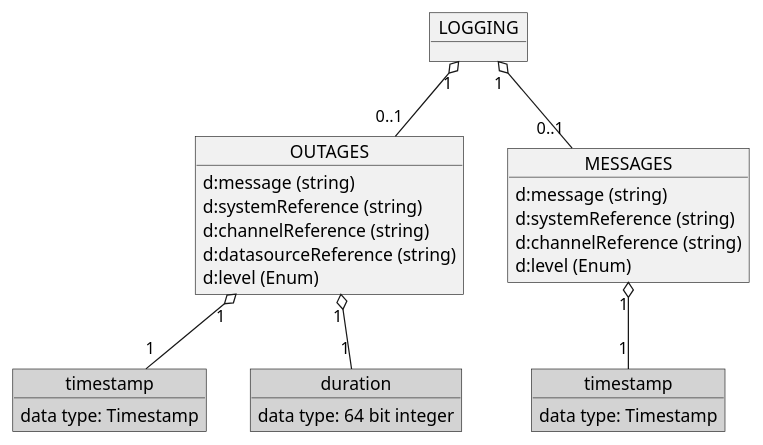
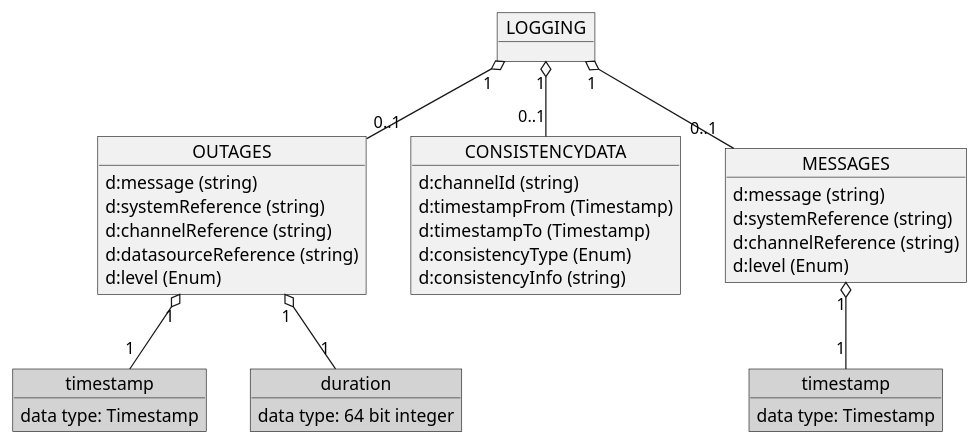
Diagram 11 of 14 in images/rcm-dx-images.puml (OpenRailAssociation/rcm-dx), drawn with PlantUML before and after one commit. The commit also changed 2 other files, not shown here.

Commit message:
Apply proposed changes to Consistency

```diff
--- a/images/rcm-dx-images.puml
+++ b/images/rcm-dx-images.puml
@@ -345,33 +345,43 @@
 @startuml rcmdx_logging_group
   object LOGGING
 
   object OUTAGES {
     d:message (string)
     d:systemReference (string)
     d:channelReference (string)
     d:datasourceReference (string)
     d:level (Enum)
   }
   LOGGING "1" o-- "0..1" OUTAGES
+
+  object CONSISTENCYDATA {
+    d:channelId (string)
+    d:timestampFrom (Timestamp)
+    d:timestampTo (Timestamp)
+    d:consistencyType (Enum)
+    d:consistencyInfo (string)
+  }
+  LOGGING "1" o-- "0..1" CONSISTENCYDATA
+
   object "timestamp" as out_timestamp #LightGray {
     data type: Timestamp
   }
   object "duration" as out_duration #LightGray {
     data type: 64 bit integer
   }
   OUTAGES "1" o-- "1" out_timestamp
   OUTAGES "1" o-- "1" out_duration
 
   object MESSAGES {
     d:message (string)
     d:systemReference (string)
     d:channelReference (string)
     d:level (Enum)
   }
   LOGGING "1" o-- "0..1" MESSAGES
 
   object "timestamp" as msg_timestamp #LightGray {
     data type: Timestamp
   }
   MESSAGES "1" o-- "1" msg_timestamp
 @enduml
```
